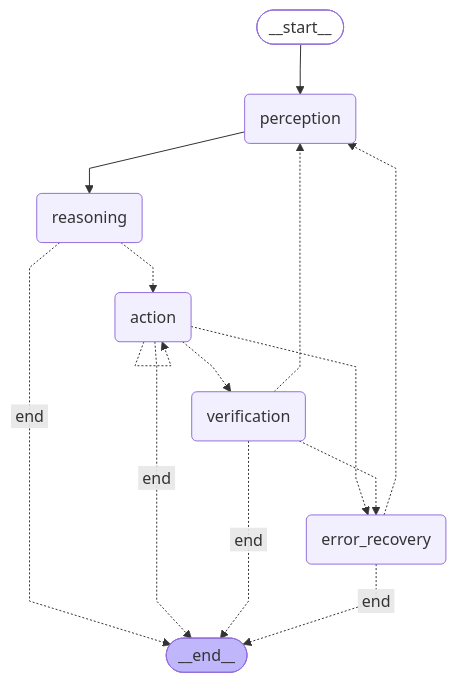
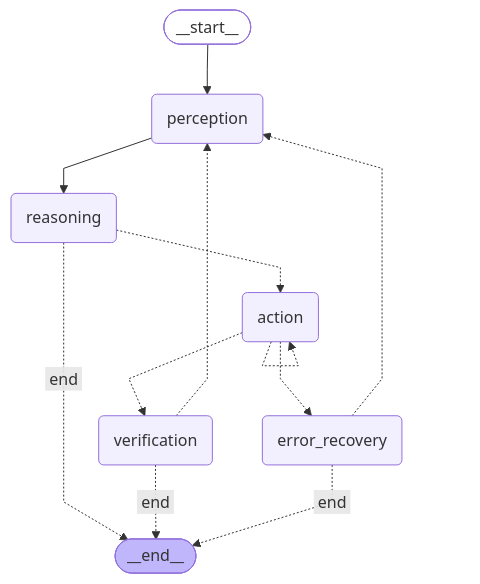
The diagram in workflow.mmd (Youssef-Hossam2274/inspace-desktop), drawn with Mermaid before and after one commit. The commit also changed 9 other files, not shown here.

Commit message:
Fixed issues regarding the graph flow

```diff
--- a/workflow.mmd
+++ b/workflow.mmd
@@ -1,25 +1,23 @@
 %%{init: {'flowchart': {'curve': 'linear'}}}%%
 graph TD;
 	__start__([<p>__start__</p>]):::first
 	perception(perception)
 	reasoning(reasoning)
 	action(action)
 	verification(verification)
 	error_recovery(error_recovery)
 	__end__([<p>__end__</p>]):::last
 	__start__ --> perception;
 	perception --> reasoning;
 	reasoning -.-> action;
 	reasoning -. &nbsp;end&nbsp; .-> __end__;
 	action -.-> verification;
 	action -.-> error_recovery;
-	action -. &nbsp;end&nbsp; .-> __end__;
 	verification -.-> perception;
-	verification -.-> error_recovery;
 	verification -. &nbsp;end&nbsp; .-> __end__;
 	error_recovery -.-> perception;
 	error_recovery -. &nbsp;end&nbsp; .-> __end__;
 	action -.-> action;
 	classDef default fill:#f2f0ff,line-height:1.2;
 	classDef first fill-opacity:0;
 	classDef last fill:#bfb6fc;
```
